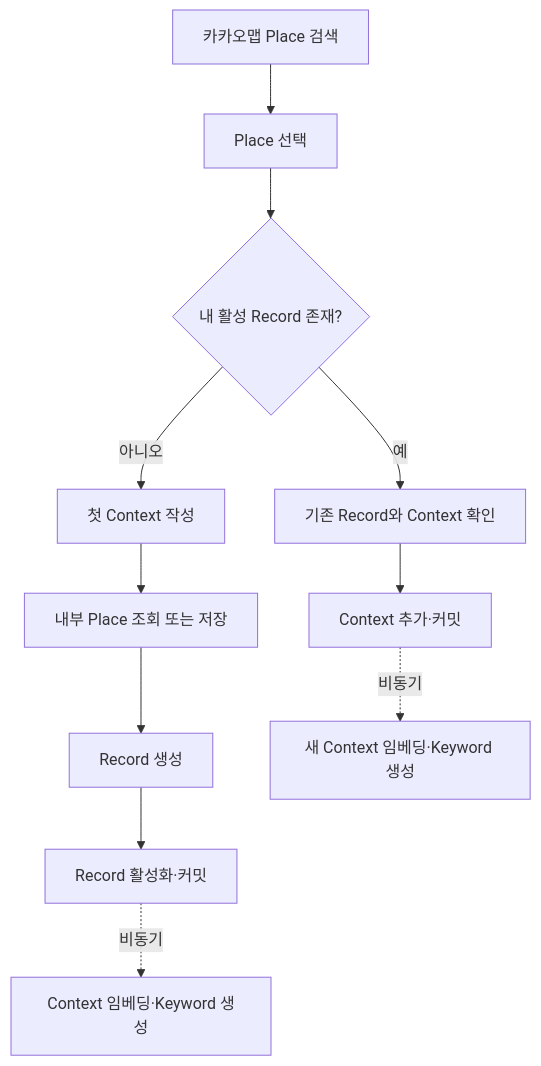
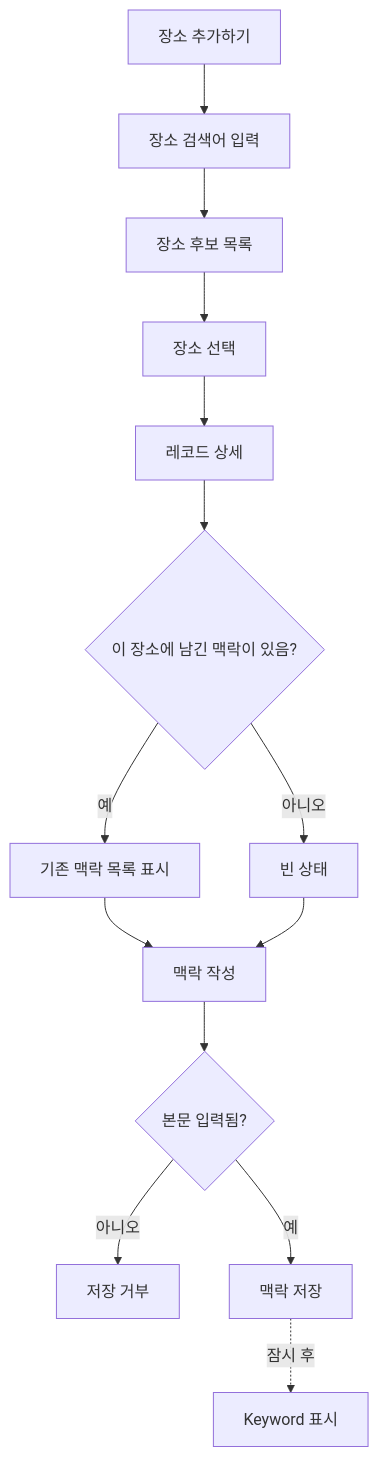
One commit to Team-PinLog/docs changed the second of 12 diagrams in static/09_유저플로우.md. Above: the diagram before and after it, drawn with Mermaid. The commit also changed other lines of this file and 10 other files, not shown here.

````diff
--- a/static/09_유저플로우.md
+++ b/static/09_유저플로우.md
@@ -17,13 +41,16 @@
 ```mermaid
 flowchart TD
-    A[카카오맵 Place 검색] --> B[Place 선택]
-    B --> C{내 활성 Record 존재?}
-    C -- 아니오 --> D[첫 Context 작성]
-    D --> E[내부 Place 조회 또는 저장]
-    E --> F[Record 생성]
-    F --> G[Record 활성화·커밋]
-    G -.비동기.-> H[Context 임베딩·Keyword 생성]
-    C -- 예 --> J[기존 Record와 Context 확인]
-    J --> K[Context 추가·커밋]
-    K -.비동기.-> L[새 Context 임베딩·Keyword 생성]
+    A[장소 추가하기] --> B[장소 검색어 입력]
+    B --> C[장소 후보 목록]
+    C --> D[장소 선택]
+    D --> E[레코드 상세]
+    E --> F{이 장소에 남긴 맥락이 있음?}
+    F -- 예 --> G[기존 맥락 목록 표시]
+    F -- 아니오 --> H[빈 상태]
+    G --> I[맥락 작성]
+    H --> I
+    I --> J{본문 입력됨?}
+    J -- 아니오 --> K[저장 거부]
+    J -- 예 --> L[맥락 저장]
+    L -.잠시 후.-> M[Keyword 표시]
 ```
````
